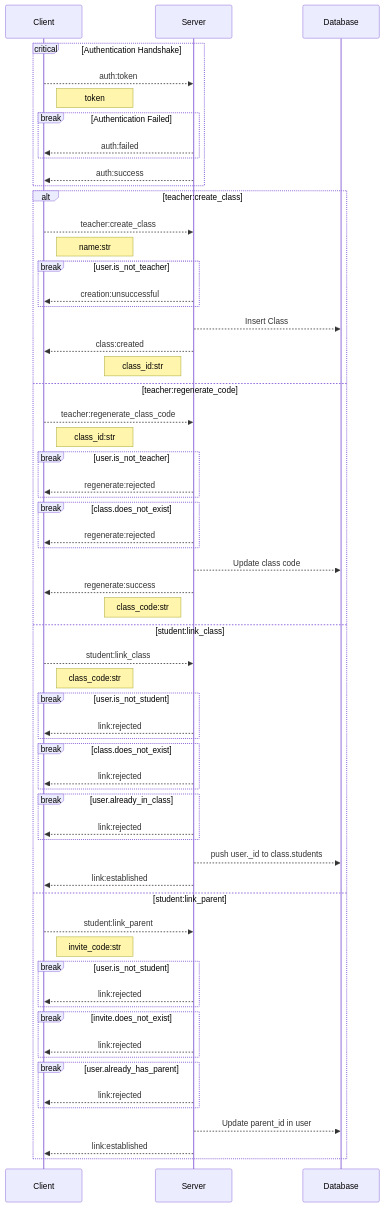
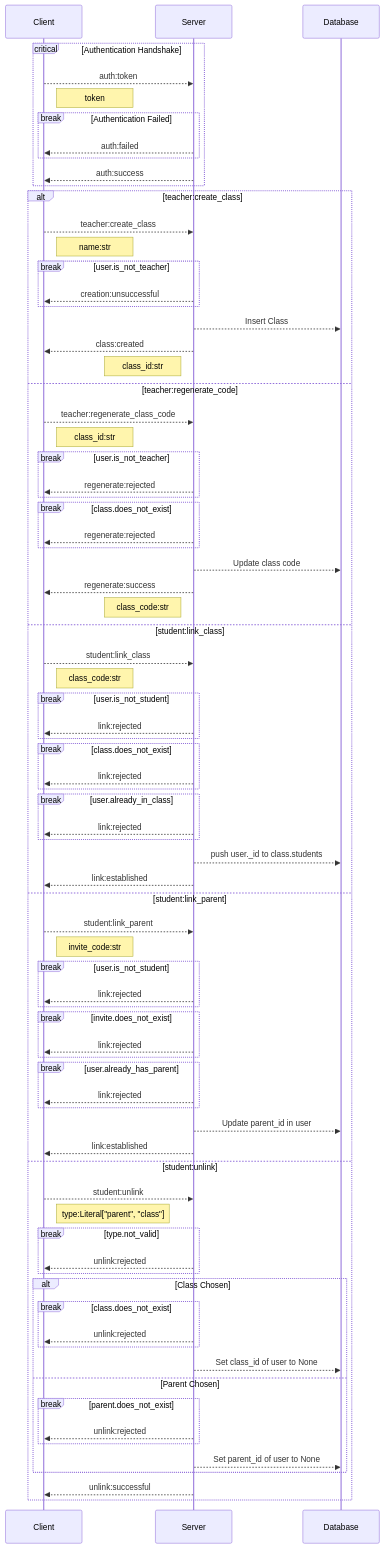
Before and after one commit to Amaan-Dhanani/DriveHenrico: the diagram in packages/backend/api/account/link/README.md, drawn with Mermaid. The commit also changed 3 other files, not shown here.

````diff
--- a/packages/backend/api/account/link/README.md
+++ b/packages/backend/api/account/link/README.md
@@ -91,5 +91,32 @@
     
         Server -->> Client: link:established
 
+    else student:unlink
+        Client -->> Server: student:unlink
+        Note right of Client: type:Literal["parent", "class"]
+    
+        break type.not_valid
+            Server -->> Client: unlink:rejected
+        end 
+    
+        
+        alt Class Chosen
+    
+            break class.does_not_exist
+                Server -->> Client: unlink:rejected
+            end
+    
+            Server -->> Database: Set class_id of user to None
+        else Parent Chosen
+    
+            break parent.does_not_exist
+                Server -->> Client: unlink:rejected
+            end
+    
+            Server -->> Database: Set parent_id of user to None
+        end
+    
+        Server -->> Client: unlink:successful
+
     end
 ```
````
